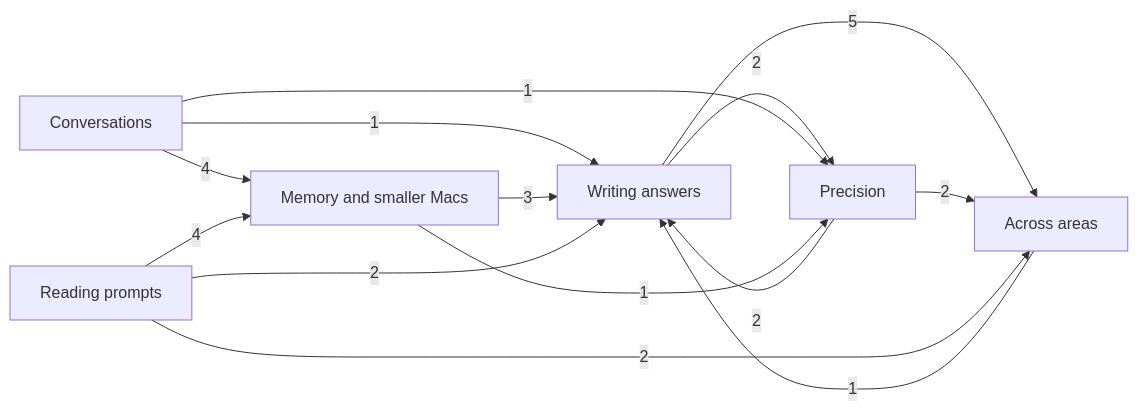
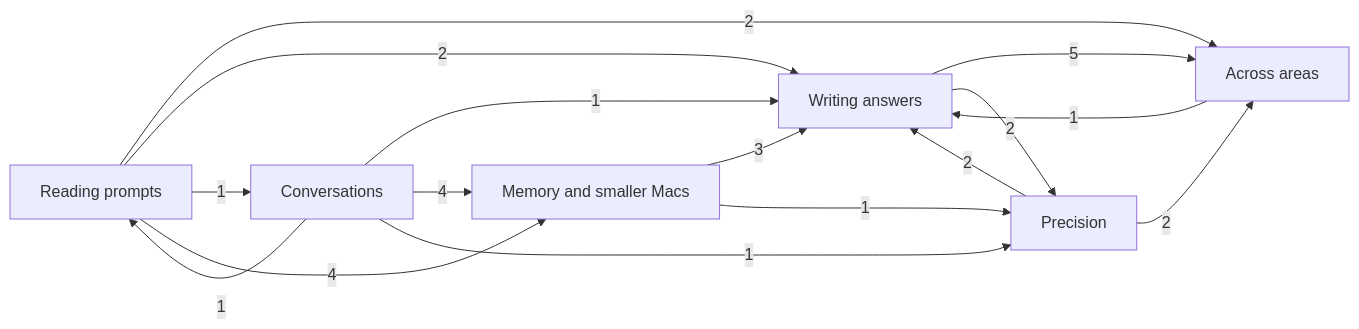
The first of 7 diagrams in docs/wiki/graph.md (cantrellsolutions/strata-mlx), drawn with Mermaid before and after one commit. The commit also changed other lines of this file and 47 other files, not shown here.

````diff
--- a/docs/wiki/graph.md
+++ b/docs/wiki/graph.md
@@ -11,22 +11,24 @@
 ```mermaid
 flowchart LR
   answers["Writing answers"]
   memory["Memory and smaller Macs"]
   prompts["Reading prompts"]
   conversations["Conversations"]
   precision["Precision"]
   across["Across areas"]
   across -- 1 --> answers
   answers -- 5 --> across
   answers -- 2 --> precision
   conversations -- 1 --> answers
   conversations -- 4 --> memory
   conversations -- 1 --> precision
+  conversations -- 1 --> prompts
   memory -- 3 --> answers
   memory -- 1 --> precision
   precision -- 2 --> across
   precision -- 2 --> answers
   prompts -- 2 --> across
   prompts -- 2 --> answers
+  prompts -- 1 --> conversations
   prompts -- 4 --> memory
 ```
````
